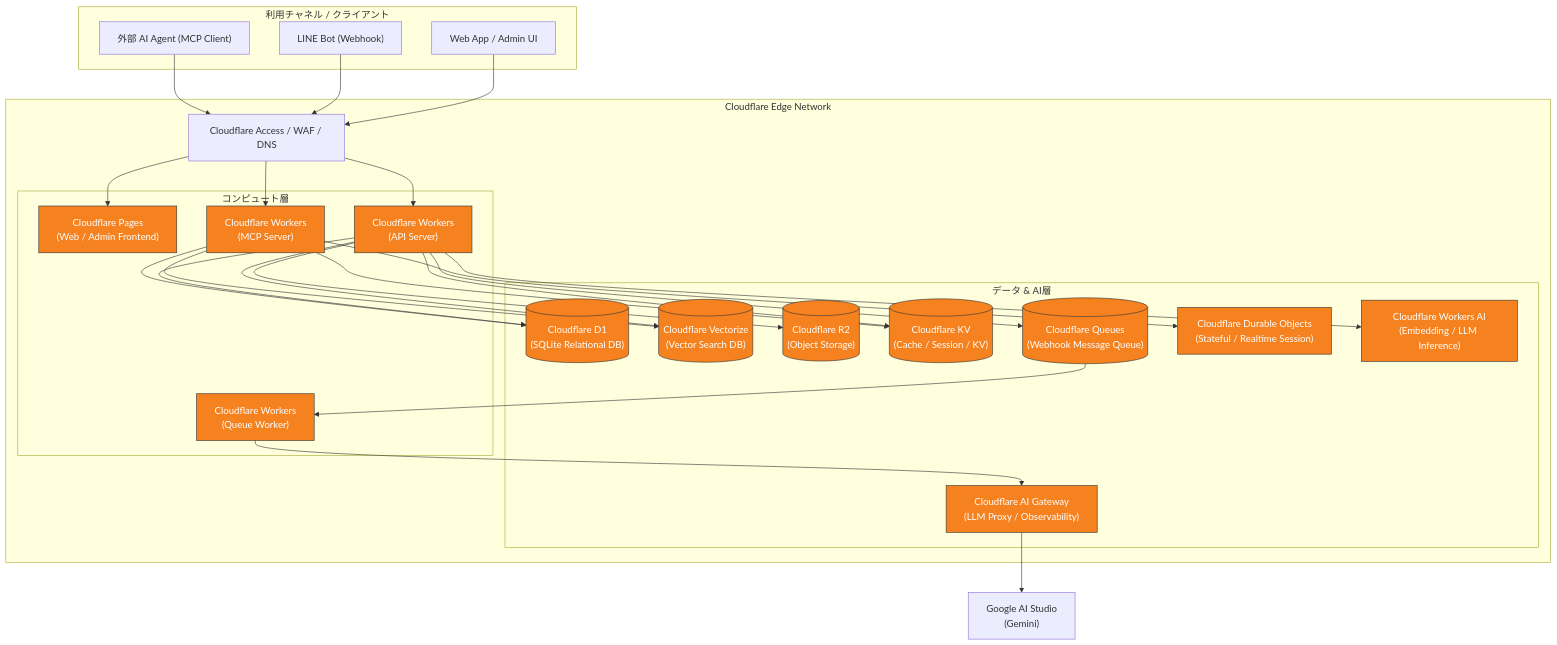
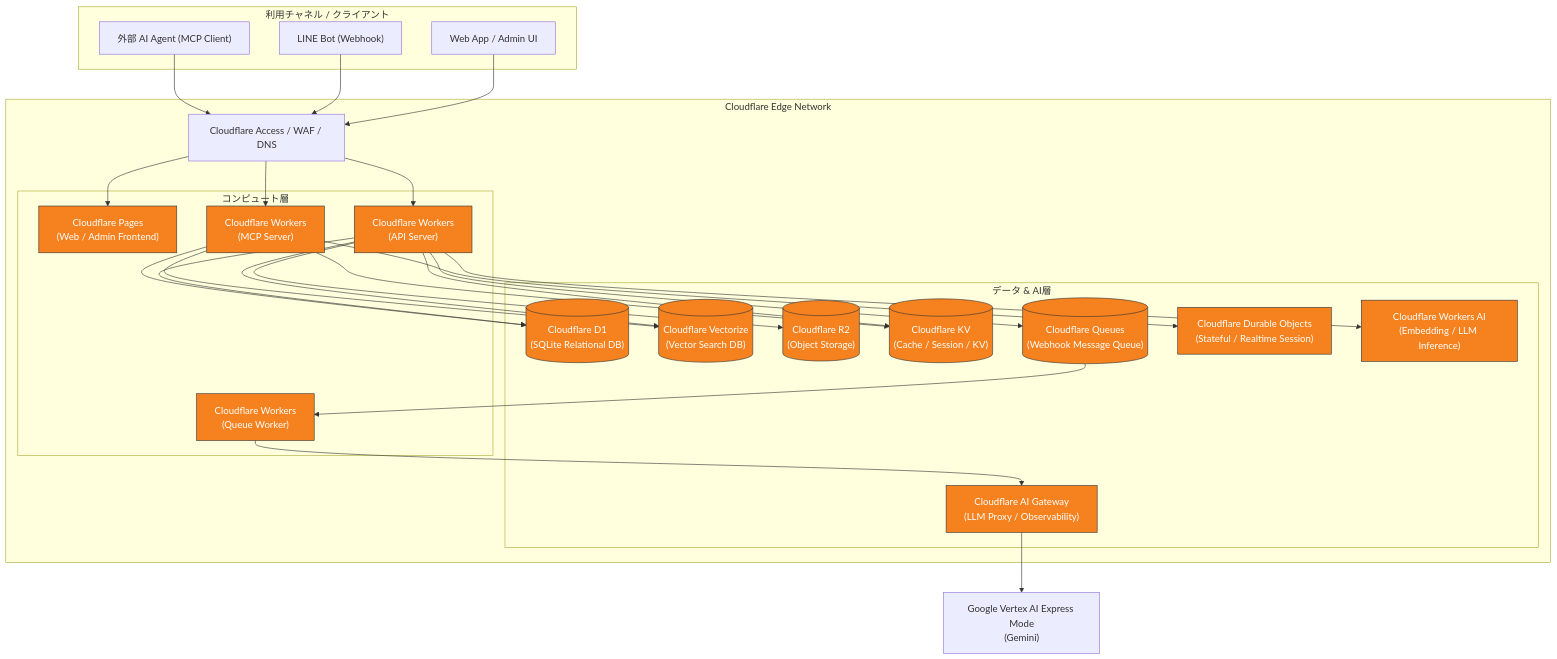
The first of 2 diagrams in docs/architecture/infrastructure-architecture.md (kkyosuke/me-builder), drawn with Mermaid before and after one commit. The commit also changed other lines of this file and 16 other files, not shown here.

````diff
--- a/docs/architecture/infrastructure-architecture.md
+++ b/docs/architecture/infrastructure-architecture.md
@@ -33,59 +33,59 @@
 ```mermaid
 flowchart TD
     subgraph Clients["利用チャネル / クライアント"]
         Web["Web App / Admin UI"]
         LINE["LINE Bot (Webhook)"]
         Agent["外部 AI Agent (MCP Client)"]
     end
 
     subgraph Edge["Cloudflare Edge Network"]
         CF_Sec["Cloudflare Access / WAF / DNS"]
         
         subgraph Compute["コンピュート層"]
             Pages["Cloudflare Pages<br/>(Web / Admin Frontend)"]
             WorkersAPI["Cloudflare Workers<br/>(API Server)"]
             WorkersMCP["Cloudflare Workers<br/>(MCP Server)"]
             WorkersWorker["Cloudflare Workers<br/>(Queue Worker)"]
         end
 
         subgraph Storage["データ & AI層"]
             D1[("Cloudflare D1<br/>(SQLite Relational DB)")]
             Vectorize[("Cloudflare Vectorize<br/>(Vector Search DB)")]
             R2[("Cloudflare R2<br/>(Object Storage)")]
             KV[("Cloudflare KV<br/>(Cache / Session / KV)")]
             Queues[("Cloudflare Queues<br/>(Webhook Message Queue)")]
             DO["Cloudflare Durable Objects<br/>(Stateful / Realtime Session)"]
             WorkersAI["Cloudflare Workers AI<br/>(Embedding / LLM Inference)"]
             AIGateway["Cloudflare AI Gateway<br/>(LLM Proxy / Observability)"]
         end
     end
 
-    Gemini["Google AI Studio<br/>(Gemini)"]
+    Gemini["Google Vertex AI Express Mode<br/>(Gemini)"]
 
     Web --> CF_Sec
     LINE --> CF_Sec
     Agent --> CF_Sec
 
     CF_Sec --> Pages
     CF_Sec --> WorkersAPI
     CF_Sec --> WorkersMCP
 
     WorkersAPI --> Queues
     Queues --> WorkersWorker
     WorkersWorker --> AIGateway
     AIGateway --> Gemini
 
     WorkersAPI --> D1
     WorkersAPI --> R2
     WorkersAPI --> KV
     WorkersAPI --> Vectorize
     WorkersAPI --> WorkersAI
 
     WorkersMCP --> DO
     WorkersMCP --> D1
     WorkersMCP --> Vectorize
     WorkersMCP --> KV
 
     classDef cfFill fill:#f6821f,stroke:#333,stroke-width:1px,color:#fff;
     class Pages,WorkersAPI,WorkersMCP,WorkersWorker,D1,Vectorize,R2,KV,Queues,DO,WorkersAI,AIGateway cfFill;
 ```
````
